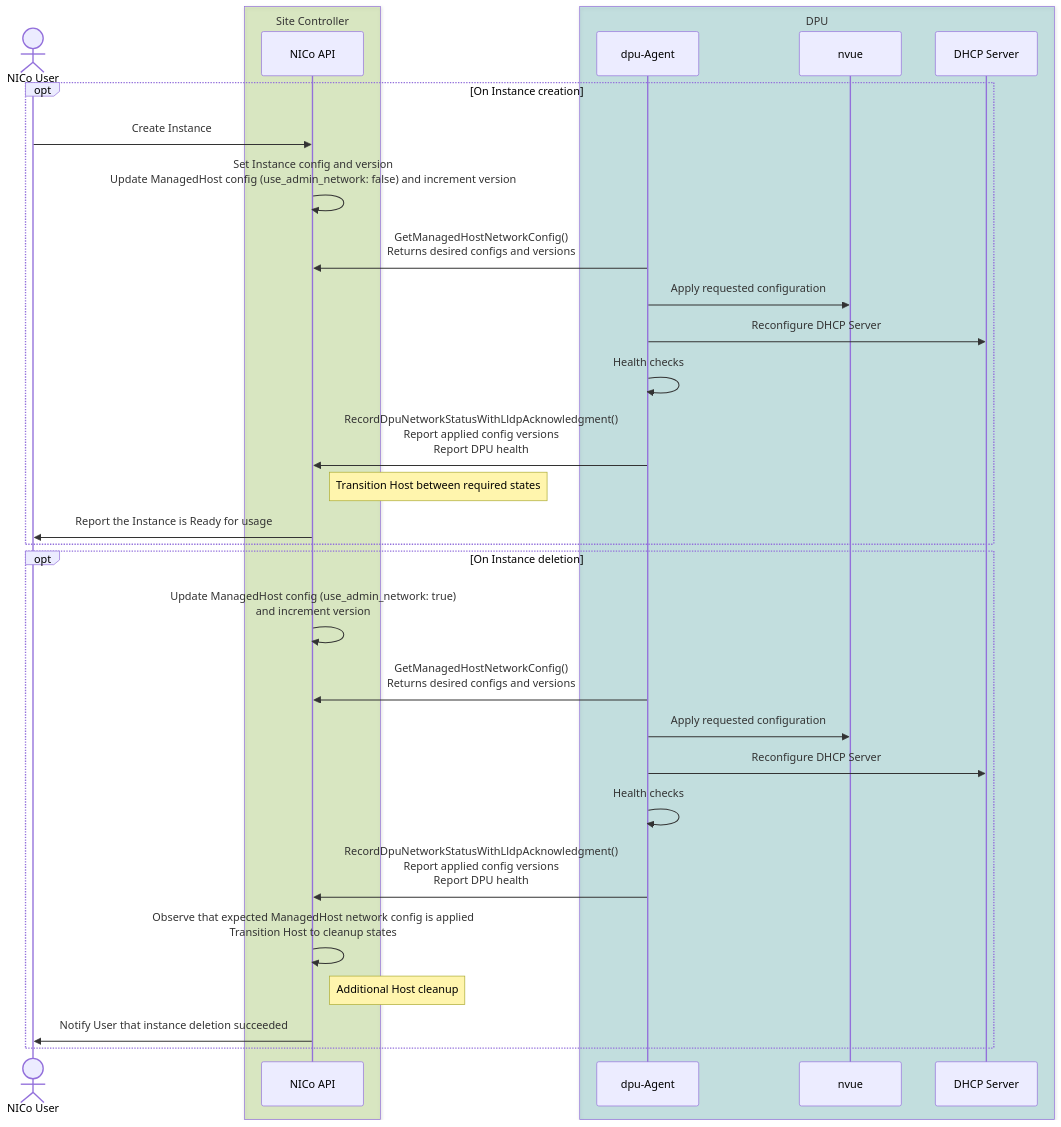
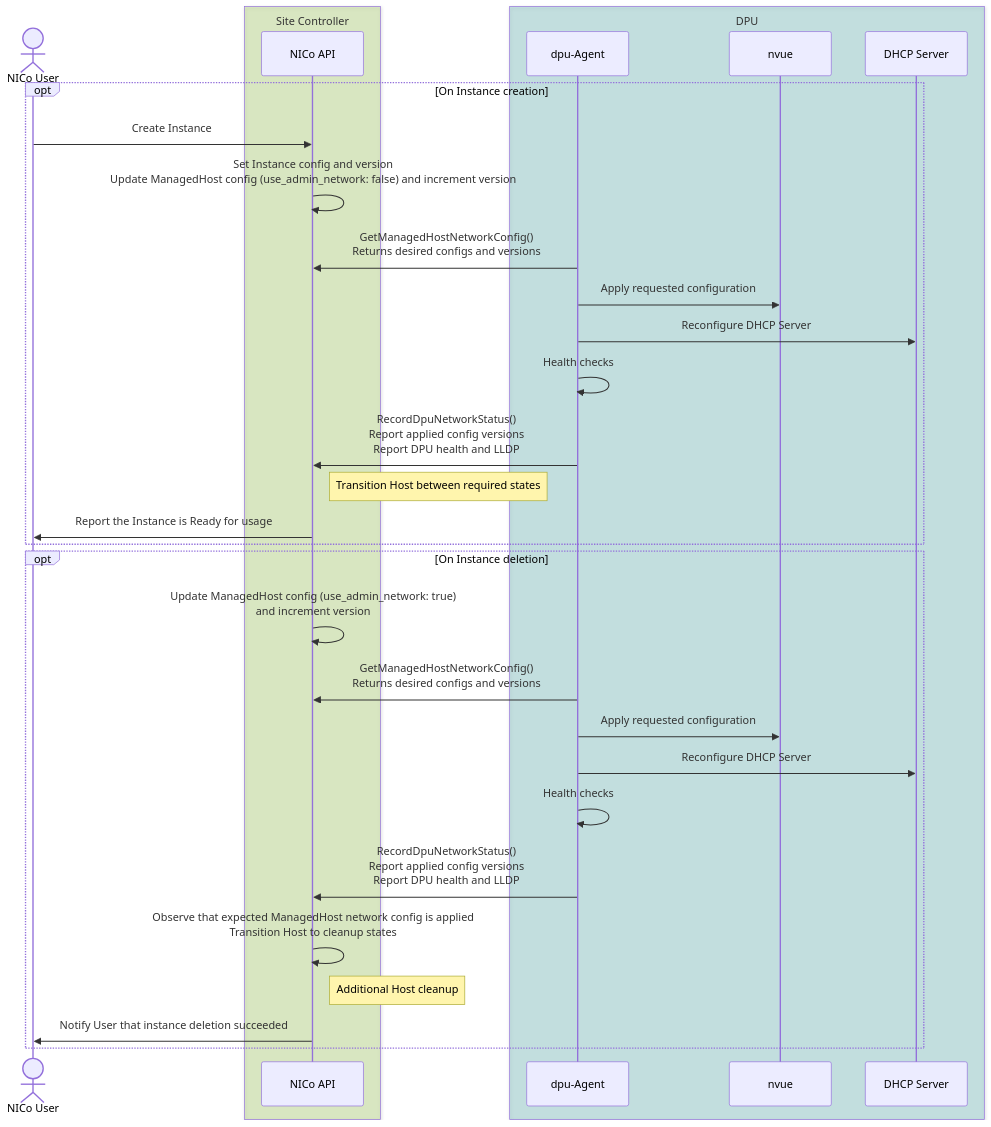
Before and after one commit to dsx-ai-factory/infra-controller: the second of 2 diagrams in docs/dpu-management/dpu_configuration.md, drawn with Mermaid. The commit also changed other lines of this file and 31 other files, not shown here.

Commit message:
fix(lldp): acknowledge accepted snapshots through network configuration

````diff
--- a/docs/dpu-management/dpu_configuration.md
+++ b/docs/dpu-management/dpu_configuration.md
@@ -254,38 +254,38 @@
 ```mermaid
 sequenceDiagram
     actor User as NICo User
 
     box rgba(118, 185, 0, .2) Site Controller
         participant NICo as NICo API
     end
 
     box rgba(8, 143, 143, .2) DPU
         participant Agent as dpu-Agent
         participant Nvue as nvue
         participant Dhcp as DHCP Server
     end
 
     opt On Instance creation
         User ->> NICo: Create Instance
         NICo ->> NICo: Set Instance config and version<br>Update ManagedHost config (use_admin_network: false) and increment version
         Agent->>NICo: GetManagedHostNetworkConfig()<br>Returns desired configs and versions
         Agent->>Nvue: Apply requested configuration
         Agent->>Dhcp: Reconfigure DHCP Server
         Agent->>Agent: Health checks
-        Agent->>NICo: RecordDpuNetworkStatusWithLldpAcknowledgment()<br>Report applied config versions<br>Report DPU health
+        Agent->>NICo: RecordDpuNetworkStatus()<br>Report applied config versions<br>Report DPU health and LLDP
         Note right of NICo: Transition Host between required states
         NICo ->> User: Report the Instance is Ready for usage
     end
 
     opt On Instance deletion
         NICo ->> NICo: Update ManagedHost config (use_admin_network: true)<br>and increment version
         Agent->>NICo: GetManagedHostNetworkConfig()<br>Returns desired configs and versions
         Agent->>Nvue: Apply requested configuration
         Agent->>Dhcp: Reconfigure DHCP Server
         Agent->>Agent: Health checks
-        Agent->>NICo: RecordDpuNetworkStatusWithLldpAcknowledgment()<br>Report applied config versions<br>Report DPU health
+        Agent->>NICo: RecordDpuNetworkStatus()<br>Report applied config versions<br>Report DPU health and LLDP
         NICo->>NICo: Observe that expected ManagedHost network config is applied<br>Transition Host to cleanup states
         Note right of NICo: Additional Host cleanup
         NICo ->> User: Notify User that instance deletion succeeded
     end
 ```
````
